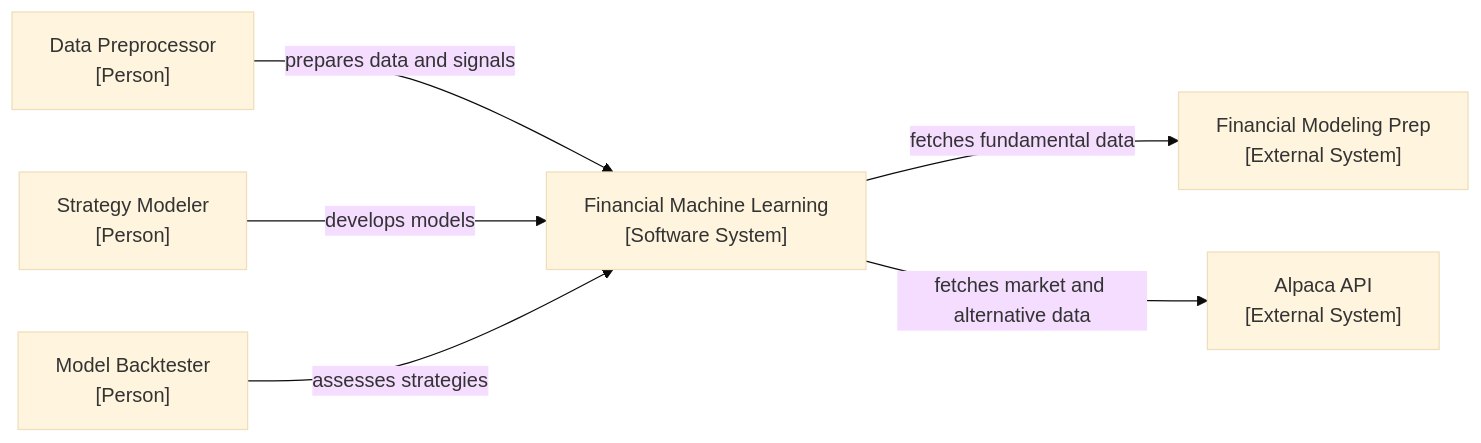
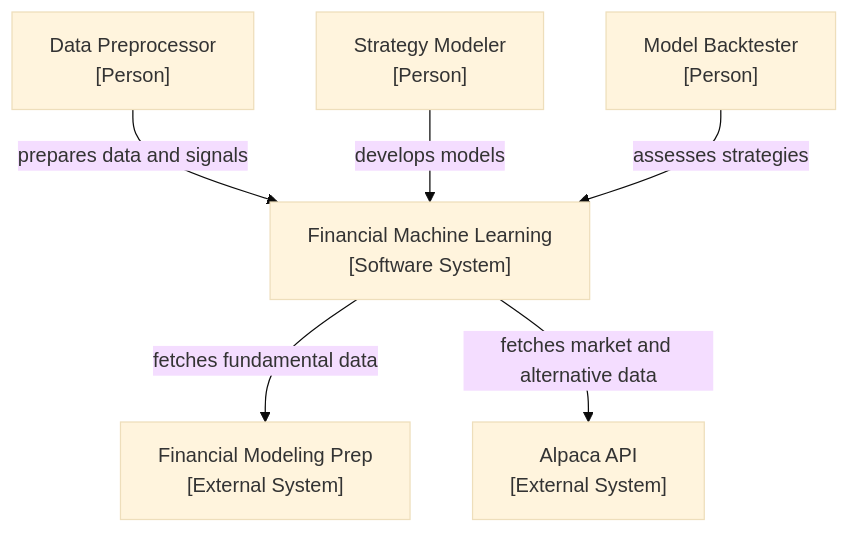
Before and after one commit to kwonjunhyuk9/financial-machine-learning: the first of 3 diagrams in docs/architecture.md, drawn with Mermaid (base theme). The commit also changed 3 other files, not shown here.

````diff
--- a/docs/architecture.md
+++ b/docs/architecture.md
@@ -23,14 +23,14 @@
 ```mermaid
-flowchart LR
+flowchart TD
     dp["Data Preprocessor<br/>[Person]"]
     sm["Strategy Modeler<br/>[Person]"]
     mb["Model Backtester<br/>[Person]"]
     fmp["Financial Modeling Prep<br/>[External System]"]
     alpaca["Alpaca API<br/>[External System]"]
     system["Financial Machine Learning<br/>[Software System]"]
     dp -->|" prepares data and signals "| system
     sm -->|" develops models "| system
     mb -->|" assesses strategies "| system
     system -->|" fetches fundamental data "| fmp
     system -->|" fetches market and alternative data "| alpaca
 ```
````
